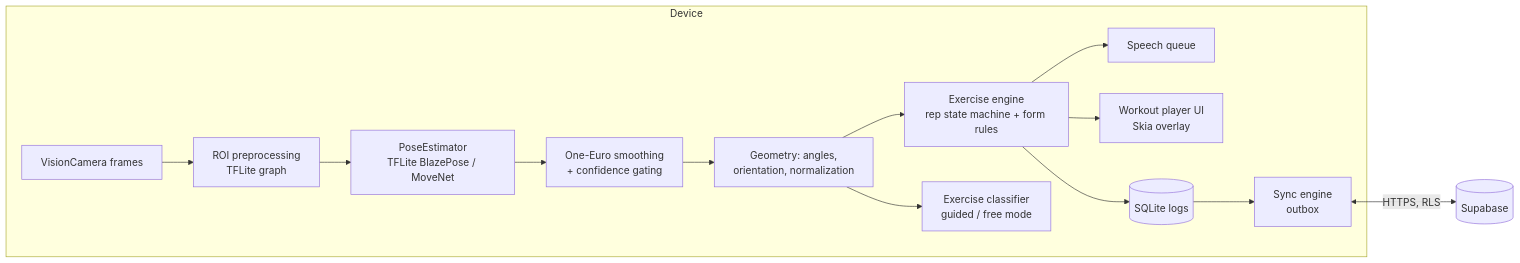
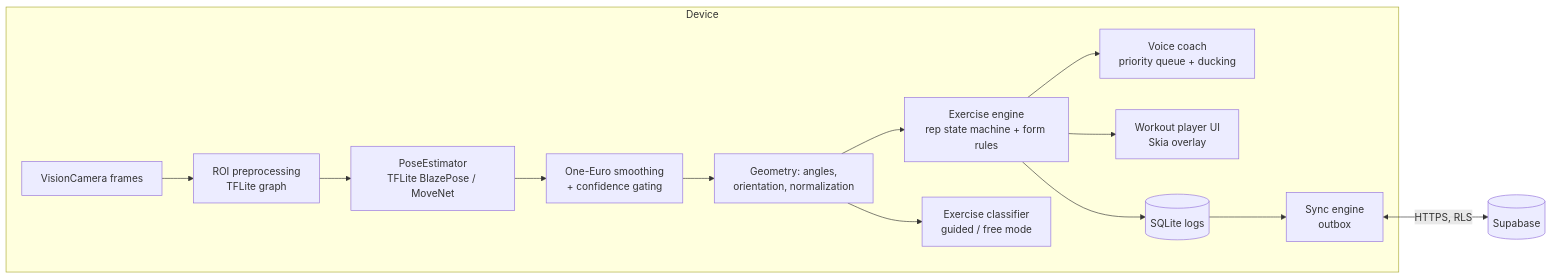
One commit to nandalalshukla/fitAi changed the diagram in docs/ARCHITECTURE.md. Above: the diagram before and after it, drawn with Mermaid. The commit also changed 4 other files, not shown here.

First line of the commit message:
docs(voice): document voice coach, ducking strategy and ADRs

````diff
--- a/docs/ARCHITECTURE.md
+++ b/docs/ARCHITECTURE.md
@@ -6,16 +6,16 @@
 ```mermaid
 flowchart LR
   subgraph Device
     CAM[VisionCamera frames] --> PRE[ROI preprocessing<br/>TFLite graph]
     PRE --> POSE[PoseEstimator<br/>TFLite BlazePose / MoveNet]
     POSE --> SMOOTH[One-Euro smoothing<br/>+ confidence gating]
     SMOOTH --> GEO[Geometry: angles,<br/>orientation, normalization]
     GEO --> ENGINE[Exercise engine<br/>rep state machine + form rules]
     GEO --> CLS[Exercise classifier<br/>guided / free mode]
-    ENGINE --> VOICE[Speech queue]
+    ENGINE --> VOICE[Voice coach<br/>priority queue + ducking]
     ENGINE --> UI[Workout player UI<br/>Skia overlay]
     ENGINE --> DB[(SQLite logs)]
     DB --> SYNC[Sync engine<br/>outbox]
   end
   SYNC <-->|HTTPS, RLS| SB[(Supabase)]
 ```
````
